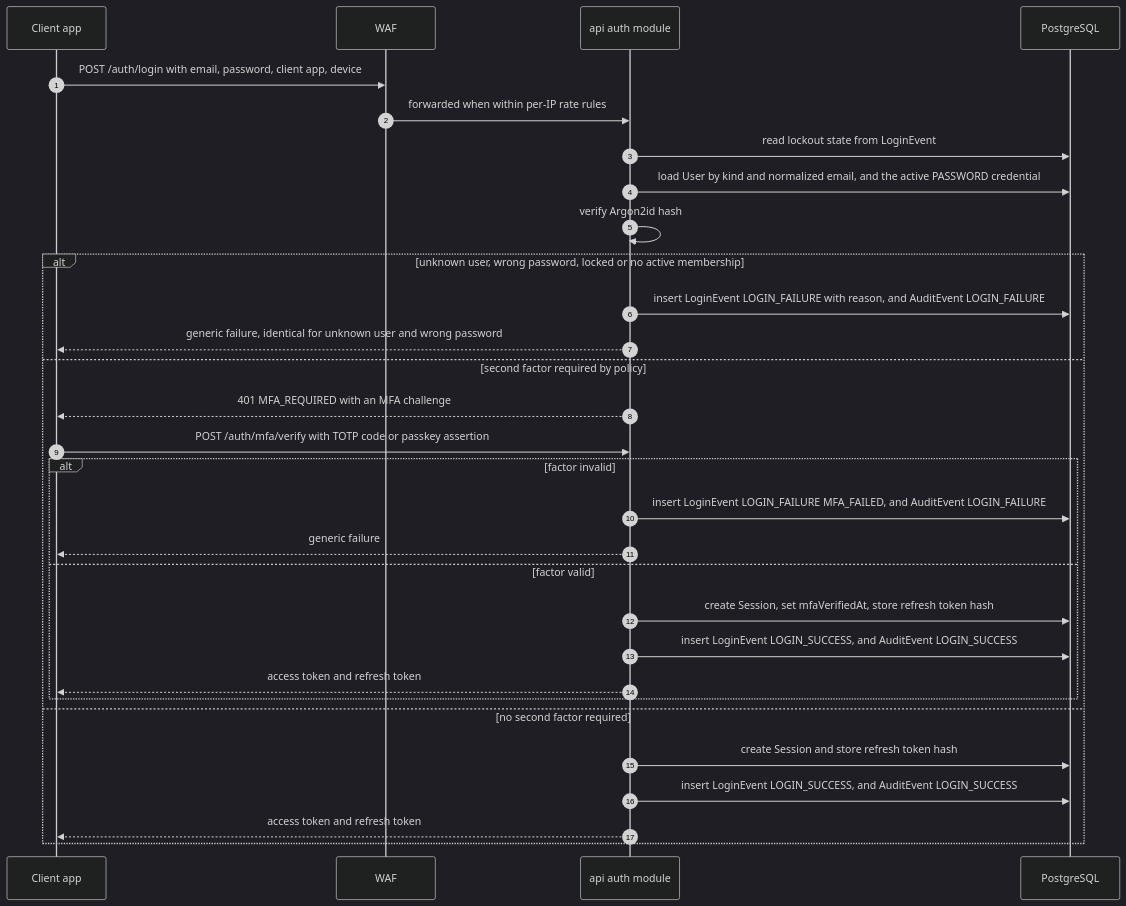
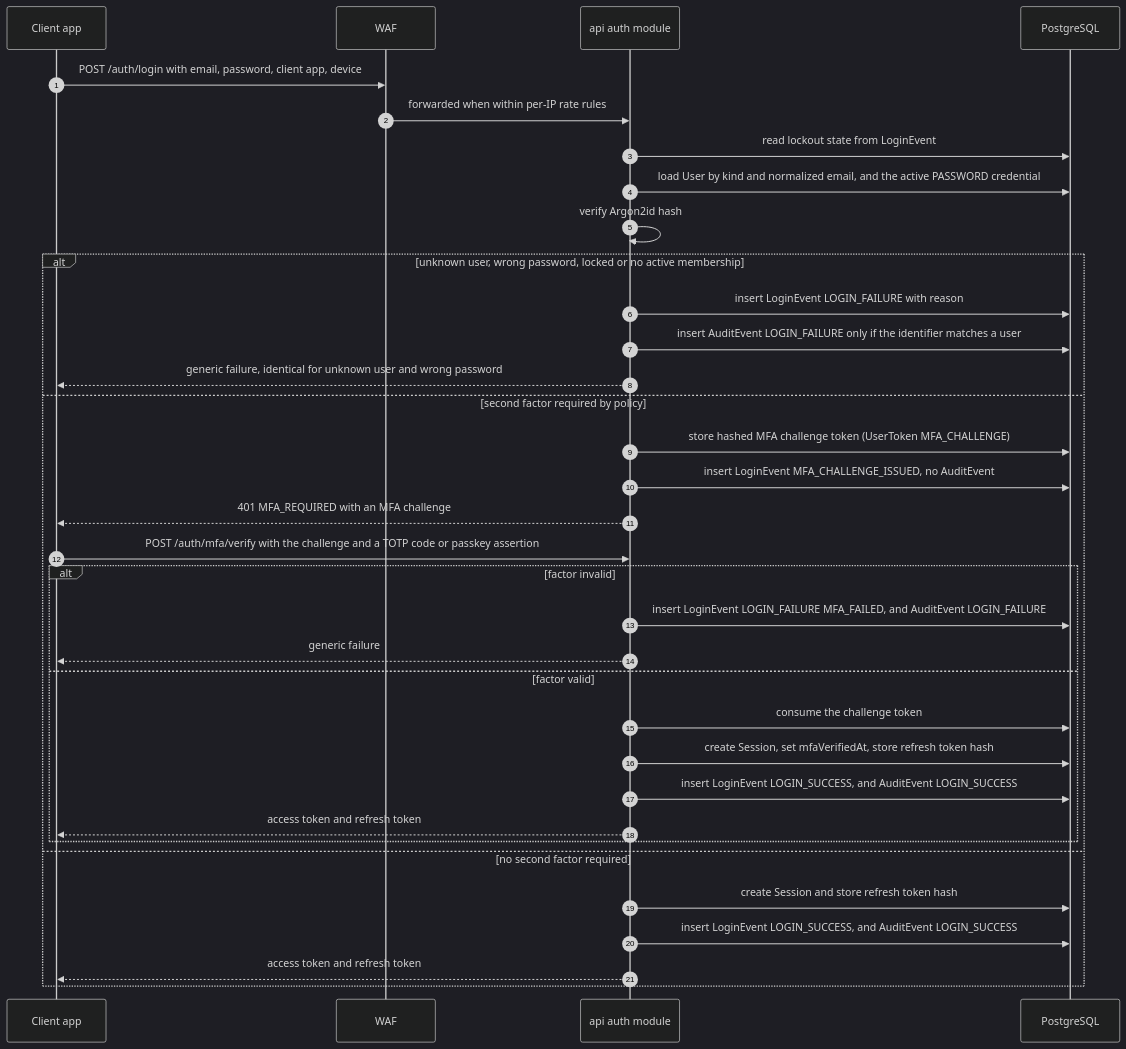
Before and after one commit to cgibson24/Aestara: the second of 6 diagrams in docs/AUTHENTICATION_ARCHITECTURE.md, drawn with Mermaid (dark theme). The commit also changed other lines of this file and 73 other files, not shown here.

````diff
--- a/docs/AUTHENTICATION_ARCHITECTURE.md
+++ b/docs/AUTHENTICATION_ARCHITECTURE.md
@@ -193,32 +220,36 @@
 ```mermaid
 sequenceDiagram
   autonumber
   participant C as Client app
   participant W as WAF
   participant A as api auth module
   participant D as PostgreSQL
   C->>W: POST /auth/login with email, password, client app, device
   W->>A: forwarded when within per-IP rate rules
   A->>D: read lockout state from LoginEvent
   A->>D: load User by kind and normalized email, and the active PASSWORD credential
   A->>A: verify Argon2id hash
   alt unknown user, wrong password, locked or no active membership
-    A->>D: insert LoginEvent LOGIN_FAILURE with reason, and AuditEvent LOGIN_FAILURE
+    A->>D: insert LoginEvent LOGIN_FAILURE with reason
+    A->>D: insert AuditEvent LOGIN_FAILURE only if the identifier matches a user
     A-->>C: generic failure, identical for unknown user and wrong password
   else second factor required by policy
+    A->>D: store hashed MFA challenge token (UserToken MFA_CHALLENGE)
+    A->>D: insert LoginEvent MFA_CHALLENGE_ISSUED, no AuditEvent
     A-->>C: 401 MFA_REQUIRED with an MFA challenge
-    C->>A: POST /auth/mfa/verify with TOTP code or passkey assertion
+    C->>A: POST /auth/mfa/verify with the challenge and a TOTP code or passkey assertion
     alt factor invalid
       A->>D: insert LoginEvent LOGIN_FAILURE MFA_FAILED, and AuditEvent LOGIN_FAILURE
       A-->>C: generic failure
     else factor valid
+      A->>D: consume the challenge token
       A->>D: create Session, set mfaVerifiedAt, store refresh token hash
       A->>D: insert LoginEvent LOGIN_SUCCESS, and AuditEvent LOGIN_SUCCESS
       A-->>C: access token and refresh token
     end
   else no second factor required
     A->>D: create Session and store refresh token hash
     A->>D: insert LoginEvent LOGIN_SUCCESS, and AuditEvent LOGIN_SUCCESS
     A-->>C: access token and refresh token
   end
 ```
````
